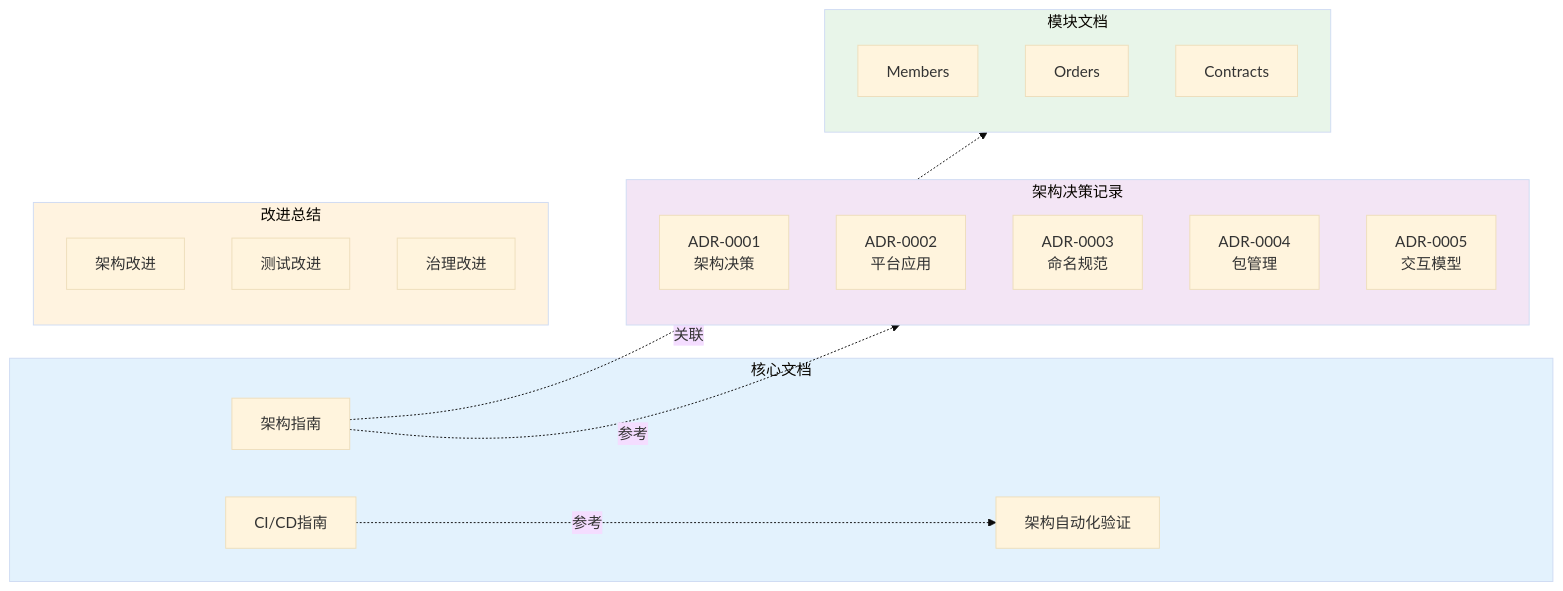
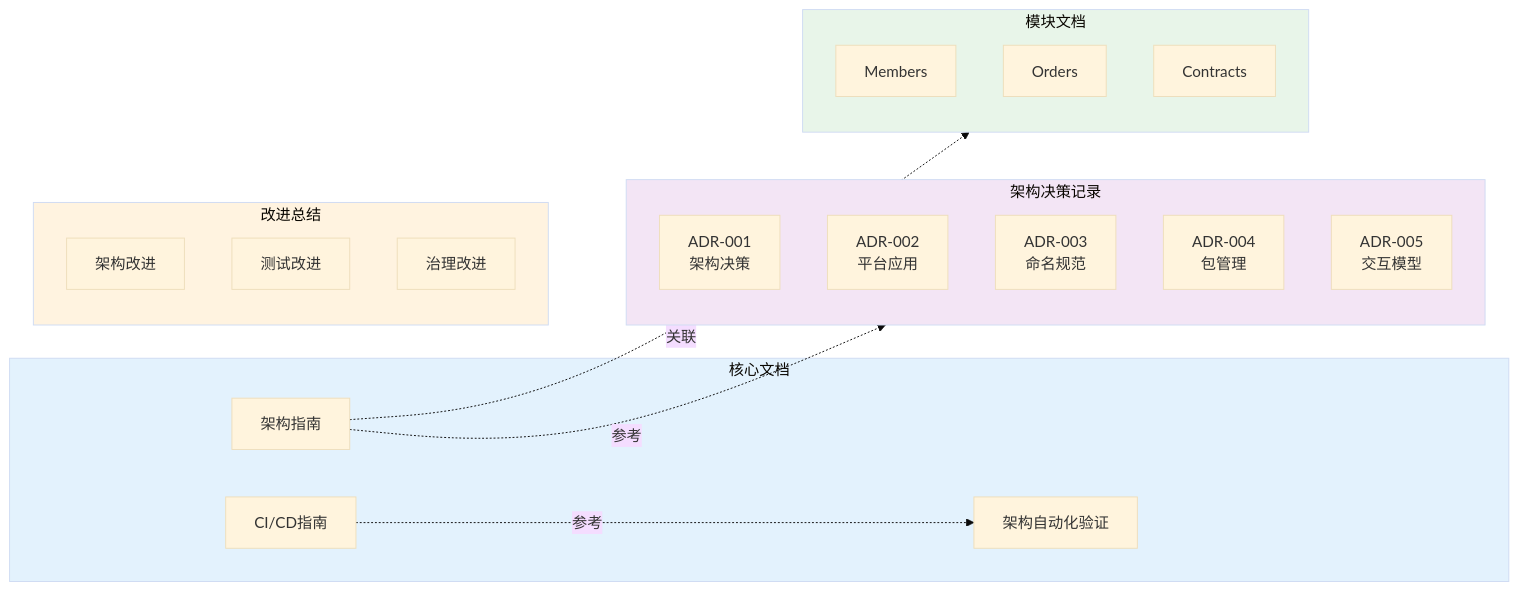
The second of 2 diagrams in docs/README.md (douhuaa/Zss.BilliardHall), drawn with Mermaid (base theme) before and after one commit. The commit also changed other lines of this file and 298 other files, not shown here.

````diff
--- a/docs/README.md
+++ b/docs/README.md
@@ -55,37 +55,37 @@
 ```mermaid
 graph LR
     subgraph Core[核心文档]
         AG[架构指南]
         CI[CI/CD指南]
         AV[架构自动化验证]
     end
     
     subgraph ADR[架构决策记录]
-        ADR1[ADR-0001<br/>架构决策]
-        ADR2[ADR-0002<br/>平台应用]
-        ADR3[ADR-0003<br/>命名规范]
-        ADR4[ADR-0004<br/>包管理]
-        ADR5[ADR-0005<br/>交互模型]
+        ADR1[ADR-001<br/>架构决策]
+        ADR2[ADR-002<br/>平台应用]
+        ADR3[ADR-003<br/>命名规范]
+        ADR4[ADR-004<br/>包管理]
+        ADR5[ADR-005<br/>交互模型]
     end
     
     subgraph Modules[模块文档]
         MEM[Members]
         ORD[Orders]
         CON[Contracts]
     end
     
     subgraph Summaries[改进总结]
         ARCH[架构改进]
         TEST[测试改进]
         GOV[治理改进]
     end
     
     AG -.参考.-> ADR
     CI -.参考.-> AV
     AG -.关联.-> Modules
     
     style Core fill:#e3f2fd
     style ADR fill:#f3e5f5
     style Modules fill:#e8f5e9
     style Summaries fill:#fff3e0
 ```
````
